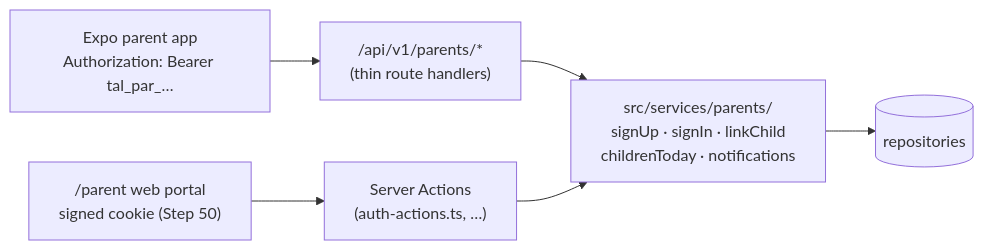
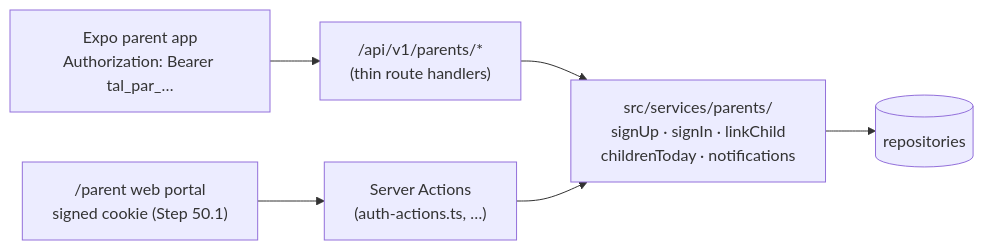
The diagram in docs/backend/step-53-parent-api.md (psmacabulos/talaan), drawn with Mermaid before and after one commit. The commit also changed other lines of this file and 54 other files, not shown here.

Commit message:
feat(auth): signed staff session cookie, and signed out by default

````diff
--- a/docs/backend/step-53-parent-api.md
+++ b/docs/backend/step-53-parent-api.md
@@ -11,8 +11,8 @@
 ```mermaid
 flowchart LR
     App["Expo parent app<br/>Authorization: Bearer tal_par_…"] --> API["/api/v1/parents/*<br/>(thin route handlers)"]
-    Web["/parent web portal<br/>signed cookie (Step 50)"] --> Actions["Server Actions<br/>(auth-actions.ts, …)"]
+    Web["/parent web portal<br/>signed cookie (Step 50.1)"] --> Actions["Server Actions<br/>(auth-actions.ts, …)"]
     API --> Services["src/services/parents/<br/>signUp · signIn · linkChild<br/>childrenToday · notifications"]
     Actions --> Services
     Services --> Repos[("repositories")]
 ```
````
